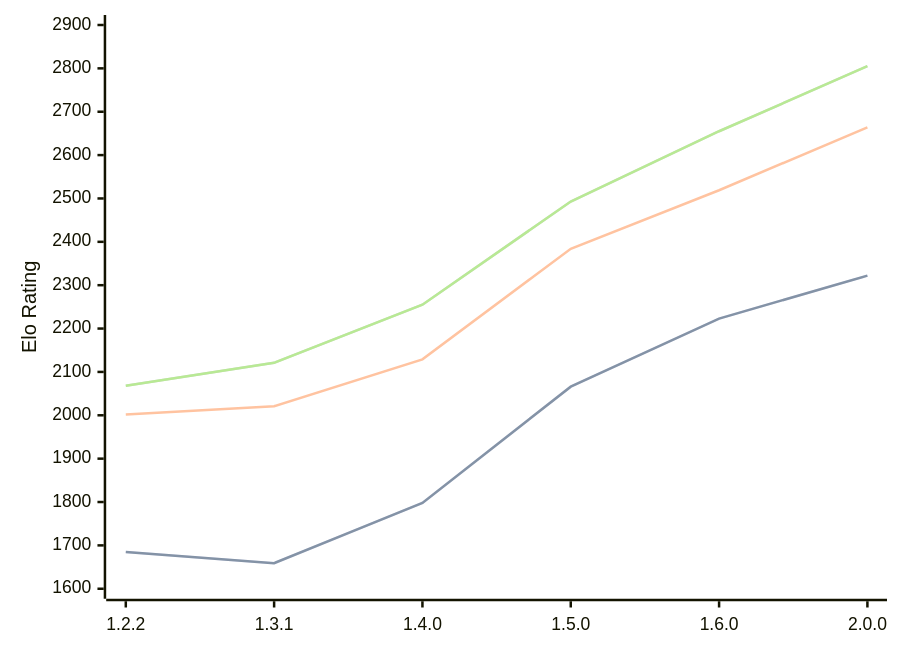
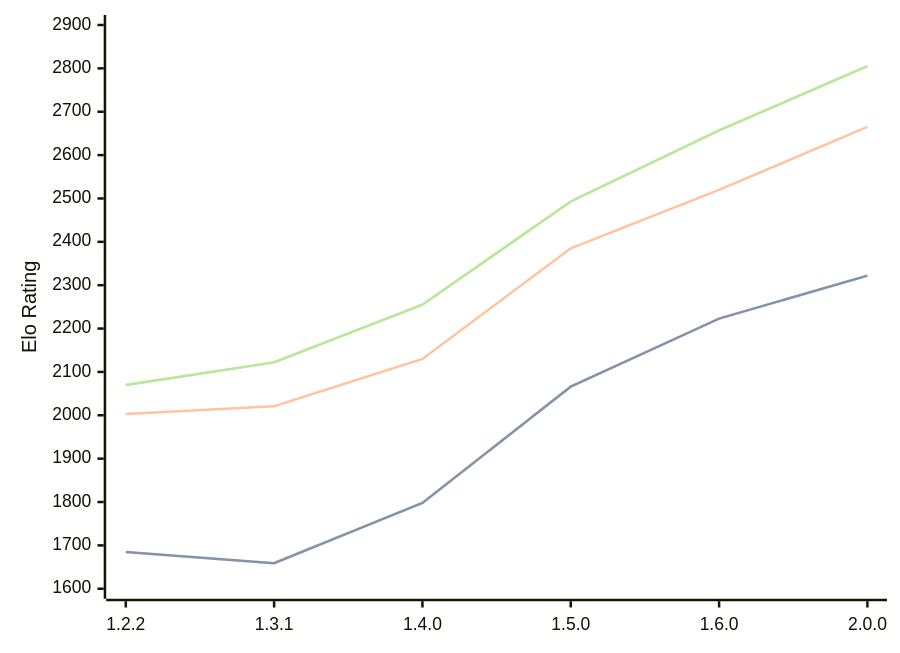
Before and after one commit to computer-chess-index/cci: the diagram in engines/SoloEngine.md, drawn with Mermaid. The commit also changed other lines of this file, not shown here.

Commit message:
Update CCI Ratings (ELO VLTC) - 2026-05-12

````diff
--- a/engines/SoloEngine.md
+++ b/engines/SoloEngine.md
@@ -37,11 +37,11 @@
 ```mermaid
 %%{init: {"theme":"base","themeVariables":{"seriesColors:['#a3a3a3','#222221','#faa371']}}}%%
 xychart-beta
   x-axis ["1.2.2", "1.3.1", "1.4.0", "1.5.0", "1.6.0", "2.0.0"]
   y-axis "Elo Rating" 1600 --> 2900
   line "STC (8.0+0.08s)" [1685, 1659, 1798, 2066, 2223, 2322]
   line "STC (8.0+0.08s)" [1685, 1659, 1798, 2066, 2223, 2322]
-  line "LTC (60.0+0.60s)" [2002, 2021, 2129, 2384, 2519, 2664]
-  line "VLTC (2m24s+1.12s)" [2068, 2121, 2255, 2493, 2655, 2805]
-  line "VLTC (2m24s+1.12s)" [2068, 2121, 2255, 2493, 2655, 2805]
+  line "LTC (60.0+0.60s)" [2003, 2021, 2130, 2385, 2520, 2665]
+  line "VLTC (2m24s+1.12s)" [2070, 2122, 2255, 2493, 2657, 2805]
+  line "VLTC (2m24s+1.12s)" [2070, 2122, 2255, 2493, 2657, 2805]
 ```
````
